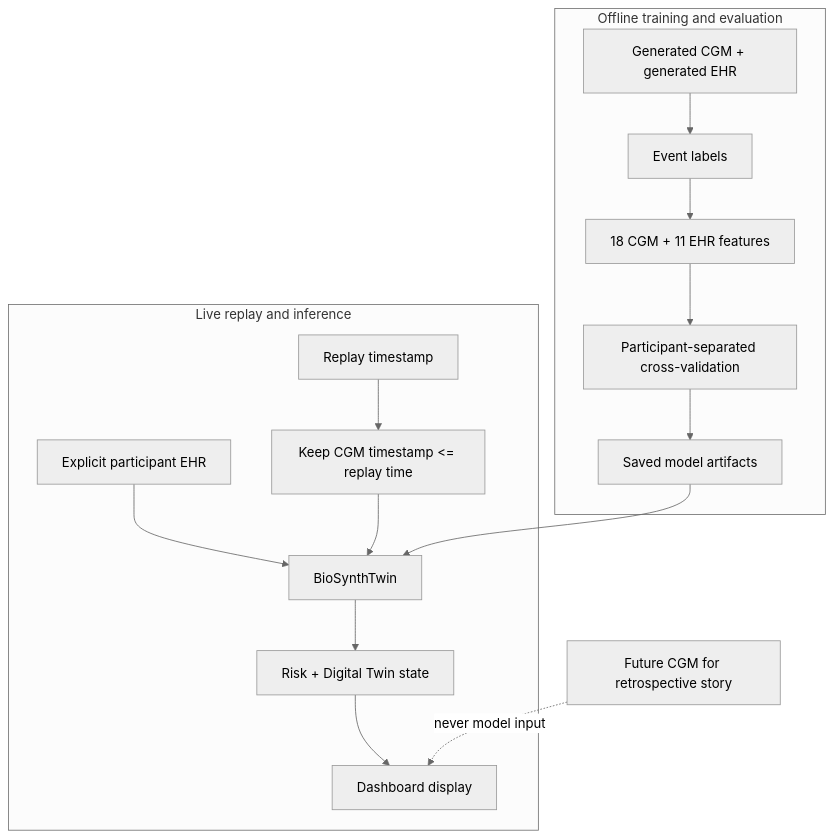
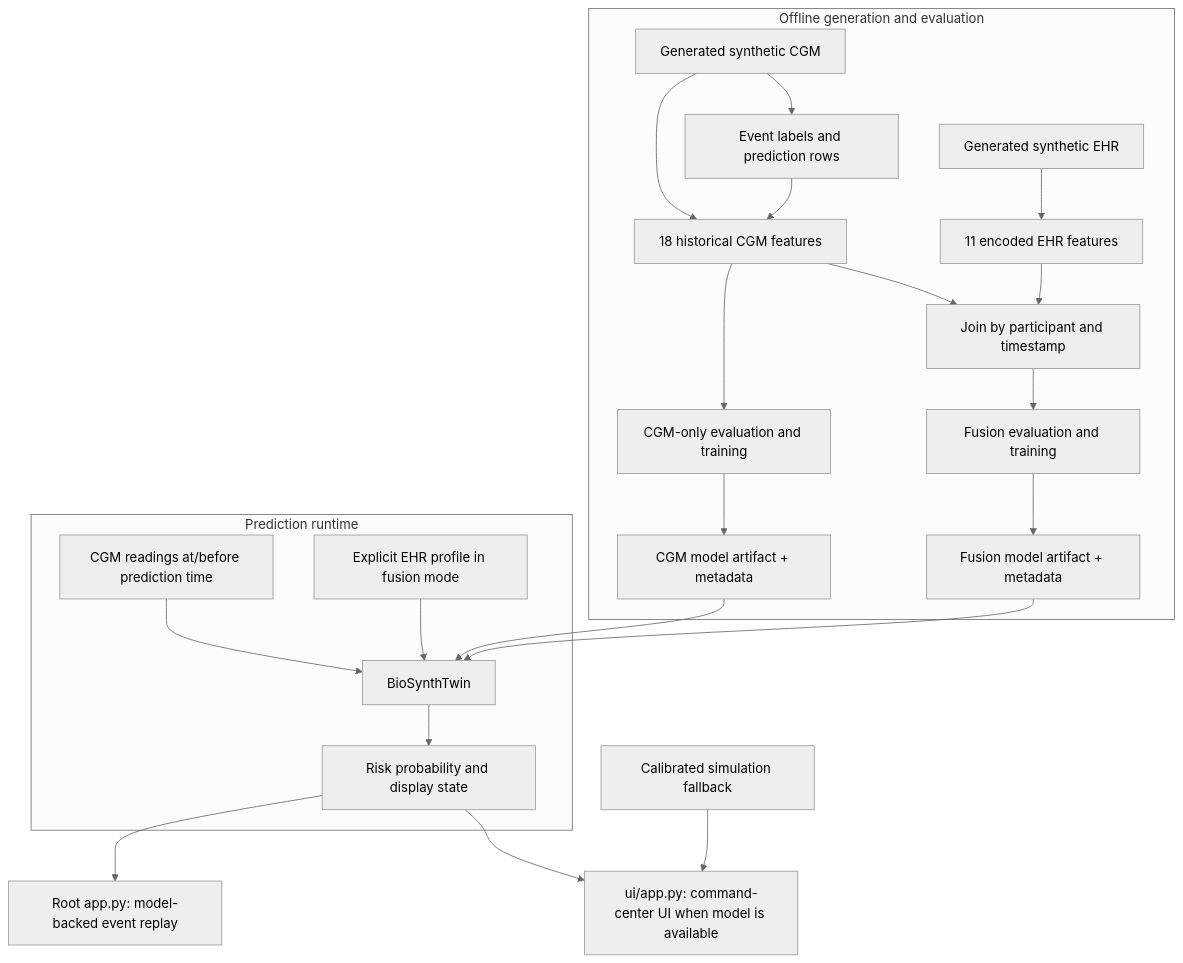
The diagram in docs/architecture.md (Fermisloth/BioSynth---A-Digital-Twin), drawn with Mermaid (neutral theme) before and after one commit. The commit also changed other lines of this file and 5 other files, not shown here.

Commit message:
Update documentation for BioSynth project: enhance architecture, API reference, technical guide, and frontend guide; add project context and improve clarity on runtime behavior and UI components.

````diff
--- a/docs/architecture.md
+++ b/docs/architecture.md
@@ -82,18 +7,25 @@
- ```mermaid
- flowchart TD
-   subgraph OFFLINE[Offline training and evaluation]
-     RAW[Generated CGM + generated EHR] --> LABELS[Event labels]
-     LABELS --> FEATURES[18 CGM + 11 EHR features]
-     FEATURES --> CV[Participant-separated cross-validation]
-     CV --> ARTIFACT[Saved model artifacts]
-   end
-   subgraph LIVE[Live replay and inference]
-     TIME[Replay timestamp] --> FILTER[Keep CGM timestamp <= replay time]
-     PROFILE[Explicit participant EHR] --> RUNTIME[BioSynthTwin]
-     FILTER --> RUNTIME
-     ARTIFACT --> RUNTIME
-     RUNTIME --> STATE[Risk + Digital Twin state]
-     STATE --> UI[Dashboard display]
-   end
-   FUTURE[Future CGM for retrospective story] -. never model input .-> UI
- ```
+```mermaid
+flowchart TB
+  subgraph offline[Offline generation and evaluation]
+    CGM[Generated synthetic CGM] --> LABEL[Event labels and prediction rows]
+    CGM --> FEATURES[18 historical CGM features]
+    EHR[Generated synthetic EHR] --> EHRFEATURES[11 encoded EHR features]
+    LABEL --> FEATURES
+    FEATURES --> CGMTRAIN[CGM-only evaluation and training]
+    FEATURES --> FUSE[Join by participant and timestamp]
+    EHRFEATURES --> FUSE
+    FUSE --> FUSIONTRAIN[Fusion evaluation and training]
+    CGMTRAIN --> MODEL1[CGM model artifact + metadata]
+    FUSIONTRAIN --> MODEL2[Fusion model artifact + metadata]
+  end
+  subgraph runtime[Prediction runtime]
+    HISTORY[CGM readings at/before prediction time] --> TWIN[BioSynthTwin]
+    PROFILE[Explicit EHR profile in fusion mode] --> TWIN
+    MODEL1 --> TWIN
+    MODEL2 --> TWIN
+    TWIN --> STATE[Risk probability and display state]
+  end
+  STATE --> REPLAY[Root app.py: model-backed event replay]
+  STATE --> UI[ui/app.py: command-center UI when model is available]
+  SIM[Calibrated simulation fallback] --> UI
+```
````
